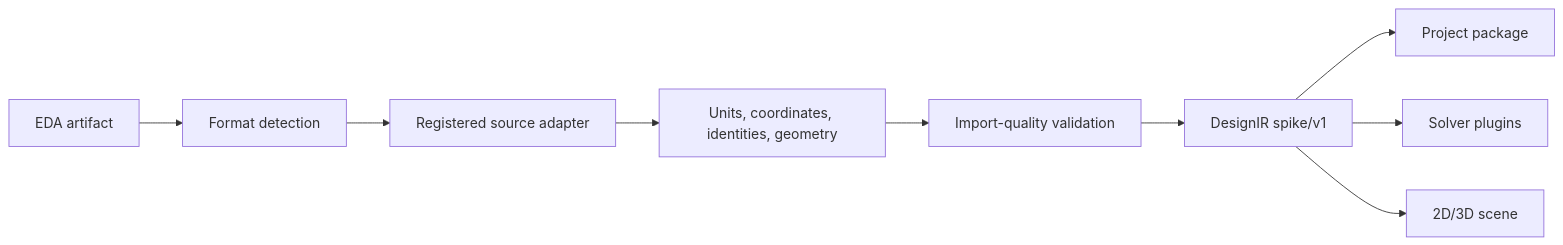
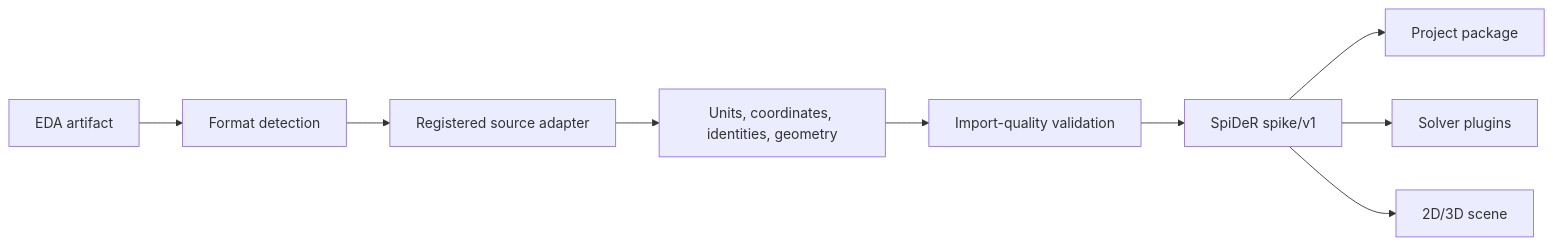
The diagram in docs/IMPORTER_ARCHITECTURE.md (krishna-swaroop/SPIKE), drawn with Mermaid before and after one commit. The commit also changed other lines of this file and 523 other files, not shown here.

````diff
--- a/docs/IMPORTER_ARCHITECTURE.md
+++ b/docs/IMPORTER_ARCHITECTURE.md
@@ -10,11 +13,11 @@
 ```mermaid
 flowchart LR
     Artifact["EDA artifact"] --> Detect["Format detection"]
     Detect --> Adapter["Registered source adapter"]
     Adapter --> Normalize["Units, coordinates, identities, geometry"]
     Normalize --> Quality["Import-quality validation"]
-    Quality --> IR["DesignIR spike/v1"]
+    Quality --> IR["SpiDeR spike/v1"]
     IR --> Project["Project package"]
     IR --> Solver["Solver plugins"]
     IR --> Scene["2D/3D scene"]
 ```
````
